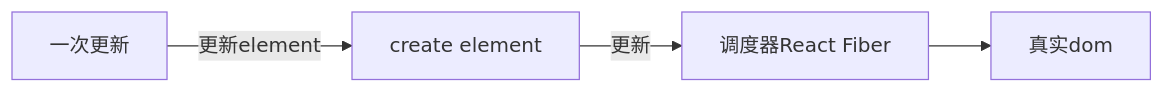
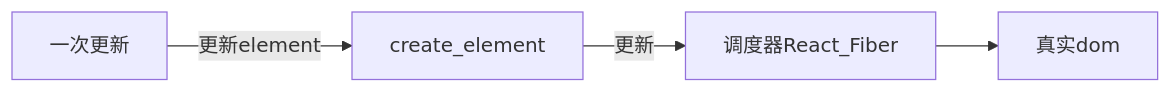
One commit to huiruo/code-record-manual changed the first of 7 diagrams in 08-webpack-AST-babel/04_Ast_babel和React源码/03_Fiber更新机制/01_1_fiber概念.md. Above: the diagram before and after it, drawn with Mermaid. The commit also changed other lines of this file and 5 other files, not shown here.

Commit message:
feat: 流程图

````diff
--- a/08-webpack-AST-babel/04_Ast_babel和React源码/03_Fiber更新机制/01_1_fiber概念.md
+++ b/08-webpack-AST-babel/04_Ast_babel和React源码/03_Fiber更新机制/01_1_fiber概念.md
@@ -46,4 +83,4 @@
 ```mermaid
 graph LR
-a[一次更新]-->|更新element|b[create element]-->|更新|c[调度器React Fiber]-->d[真实dom]
+一次更新--更新element-->create_element--更新-->调度器React_Fiber-->真实dom
 ```
````
